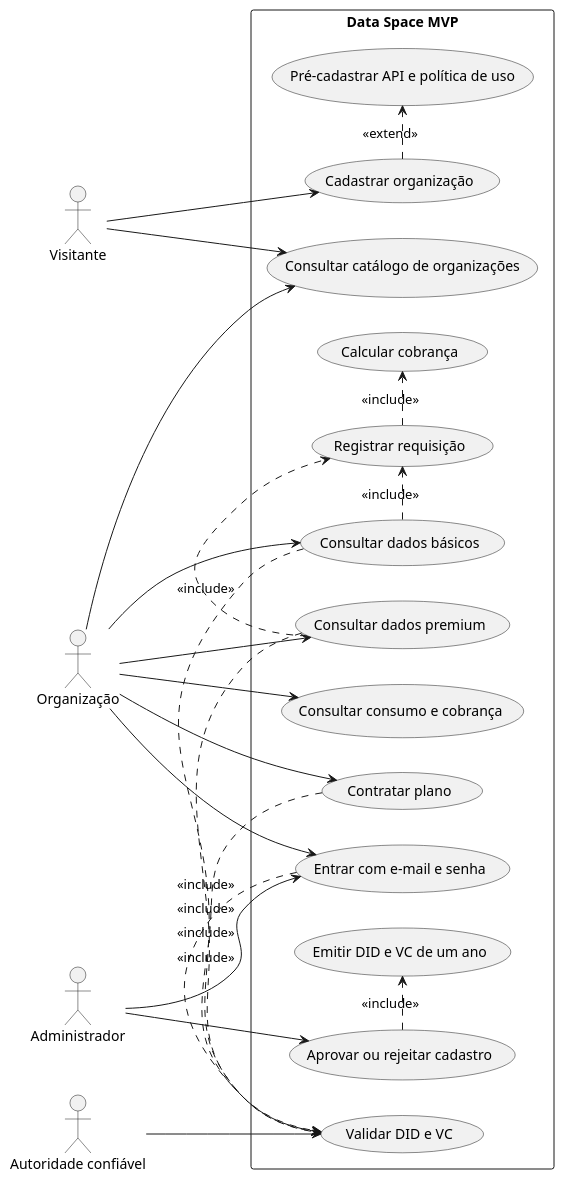
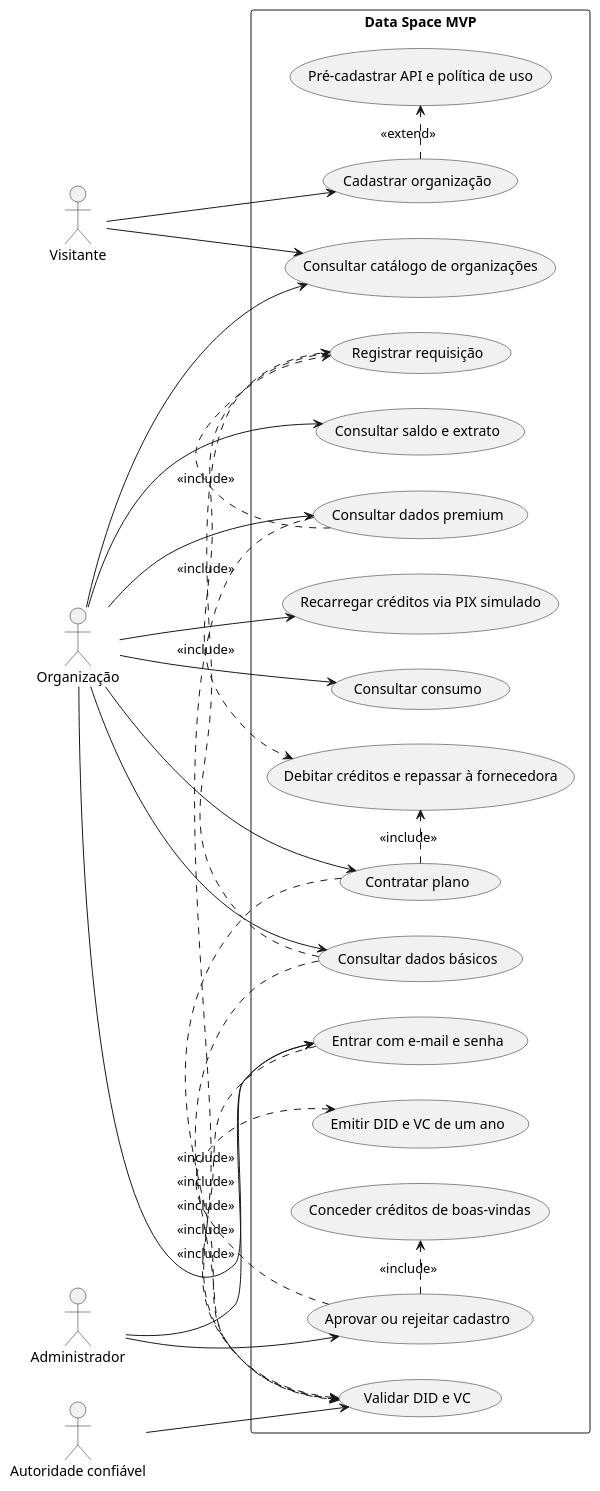
The diagram in docs/uml/use-case.puml (Pedro-Henrique-Assis/mvp-dataspaces), drawn with PlantUML before and after one commit. The commit also changed 2 other files, not shown here.

Commit message:
docs: atualizar diagramas UML

```diff
--- a/docs/uml/use-case.puml
+++ b/docs/uml/use-case.puml
@@ -1,45 +1,52 @@
 @startuml
 left to right direction
 actor "Visitante" as Visitor
 actor "Organização" as Org
 actor "Administrador" as Admin
 actor "Autoridade confiável" as Authority
 
 rectangle "Data Space MVP" {
   usecase "Consultar catálogo de organizações" as Catalog
   usecase "Cadastrar organização" as Register
   usecase "Pré-cadastrar API e política de uso" as RegisterApi
   usecase "Entrar com e-mail e senha" as Login
   usecase "Aprovar ou rejeitar cadastro" as Approve
   usecase "Emitir DID e VC de um ano" as Issue
+  usecase "Conceder créditos de boas-vindas" as Welcome
   usecase "Validar DID e VC" as Validate
   usecase "Contratar plano" as Subscribe
   usecase "Consultar dados básicos" as Basic
   usecase "Consultar dados premium" as Premium
   usecase "Registrar requisição" as LogRequest
-  usecase "Calcular cobrança" as Bill
-  usecase "Consultar consumo e cobrança" as Usage
+  usecase "Debitar créditos e repassar à fornecedora" as Bill
+  usecase "Consultar consumo" as Usage
+  usecase "Consultar saldo e extrato" as Statement
+  usecase "Recarregar créditos via PIX simulado" as TopUp
 }
 
 Visitor --> Catalog
 Visitor --> Register
 Org --> Catalog
 Org --> Login
 Org --> Subscribe
 Org --> Basic
 Org --> Premium
 Org --> Usage
+Org --> Statement
+Org --> TopUp
 Admin --> Login
 Admin --> Approve
 Authority --> Validate
 
 Register .> RegisterApi : <<extend>>
 Approve .> Issue : <<include>>
+Approve .> Welcome : <<include>>
 Login .> Validate : <<include>>
 Subscribe .> Validate : <<include>>
+Subscribe .> Bill : <<include>>
 Basic .> Validate : <<include>>
 Premium .> Validate : <<include>>
 Basic .> LogRequest : <<include>>
 Premium .> LogRequest : <<include>>
 LogRequest .> Bill : <<include>>
 @enduml
```
